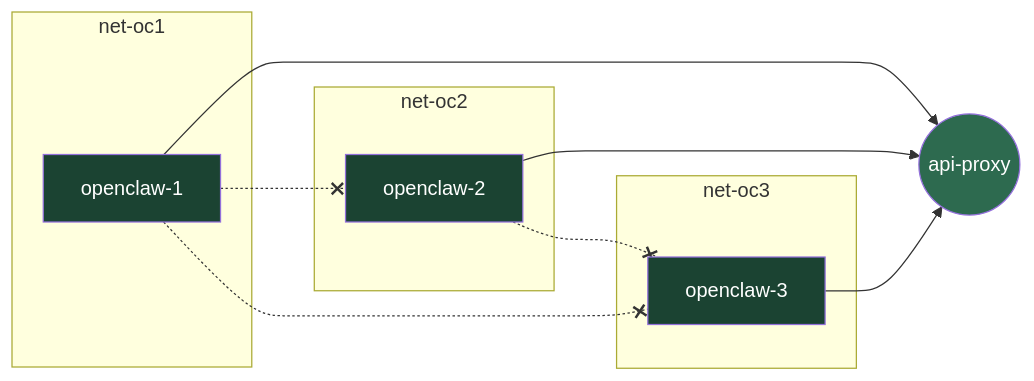
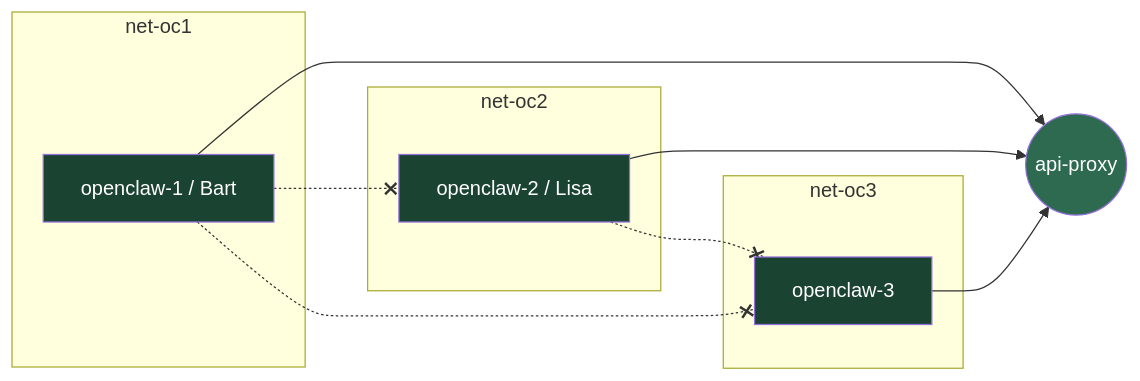
One commit to homercsimpson50/openclaw-containers changed the fifth of 5 diagrams in docs/architecture.md. Above: the diagram before and after it, drawn with Mermaid. The commit also changed other lines of this file and 11 other files, not shown here.

````diff
--- a/docs/architecture.md
+++ b/docs/architecture.md
@@ -95,26 +191,26 @@
 ```mermaid
 graph LR
     subgraph "net-oc1"
-        OC1[openclaw-1]
+        OC1[openclaw-1 / Bart]
     end
     subgraph "net-oc2"
-        OC2[openclaw-2]
+        OC2[openclaw-2 / Lisa]
     end
     subgraph "net-oc3"
         OC3[openclaw-3]
     end
 
     PROXY((api-proxy))
 
     OC1 --> PROXY
     OC2 --> PROXY
     OC3 --> PROXY
     OC1 -.-x OC2
     OC1 -.-x OC3
     OC2 -.-x OC3
 
     style PROXY fill:#2d6a4f,color:#fff
     style OC1 fill:#1b4332,color:#fff
     style OC2 fill:#1b4332,color:#fff
     style OC3 fill:#1b4332,color:#fff
 ```
````
